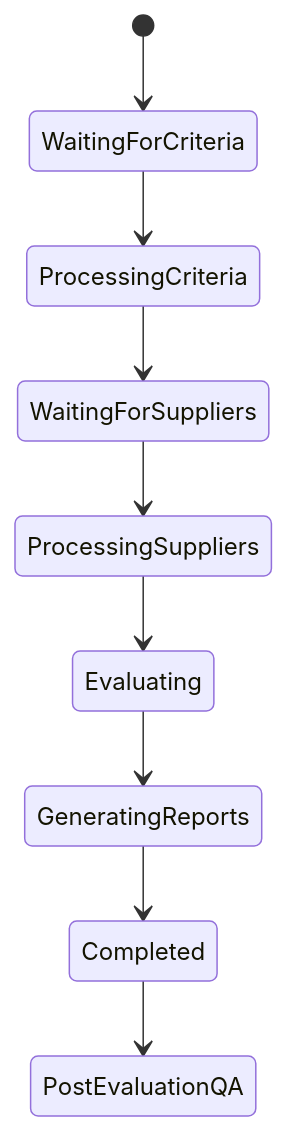
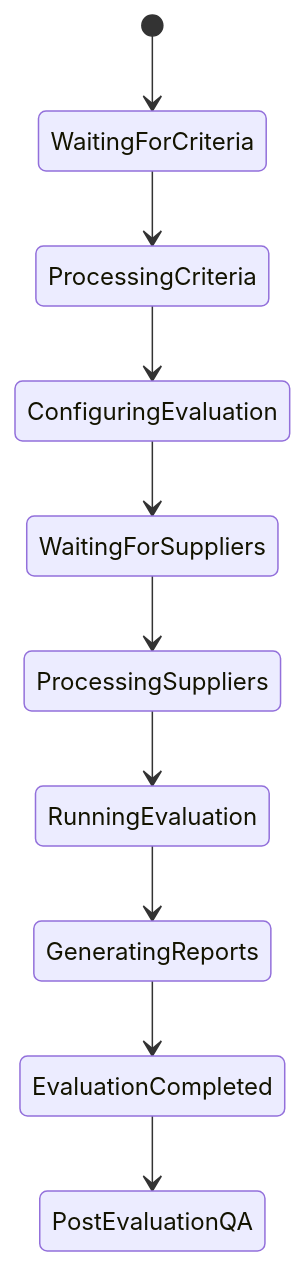
One commit to adityarane-ai/Agentic-Orchestrations changed the fifth of 7 diagrams in Bid Analysis Agent/04-System-Architecture.md. Above: the diagram before and after it, drawn with Mermaid. The commit also changed other lines of this file, not shown here.

````diff
--- a/Bid Analysis Agent/04-System-Architecture.md
+++ b/Bid Analysis Agent/04-System-Architecture.md
@@ -311,19 +466,21 @@
 ```mermaid
 stateDiagram-v2
 
 [*] --> WaitingForCriteria
 
 WaitingForCriteria --> ProcessingCriteria
 
-ProcessingCriteria --> WaitingForSuppliers
+ProcessingCriteria --> ConfiguringEvaluation
+
+ConfiguringEvaluation --> WaitingForSuppliers
 
 WaitingForSuppliers --> ProcessingSuppliers
 
-ProcessingSuppliers --> Evaluating
+ProcessingSuppliers --> RunningEvaluation
 
-Evaluating --> GeneratingReports
+RunningEvaluation --> GeneratingReports
 
-GeneratingReports --> Completed
+GeneratingReports --> EvaluationCompleted
 
-Completed --> PostEvaluationQA
+EvaluationCompleted --> PostEvaluationQA
 ```
````
